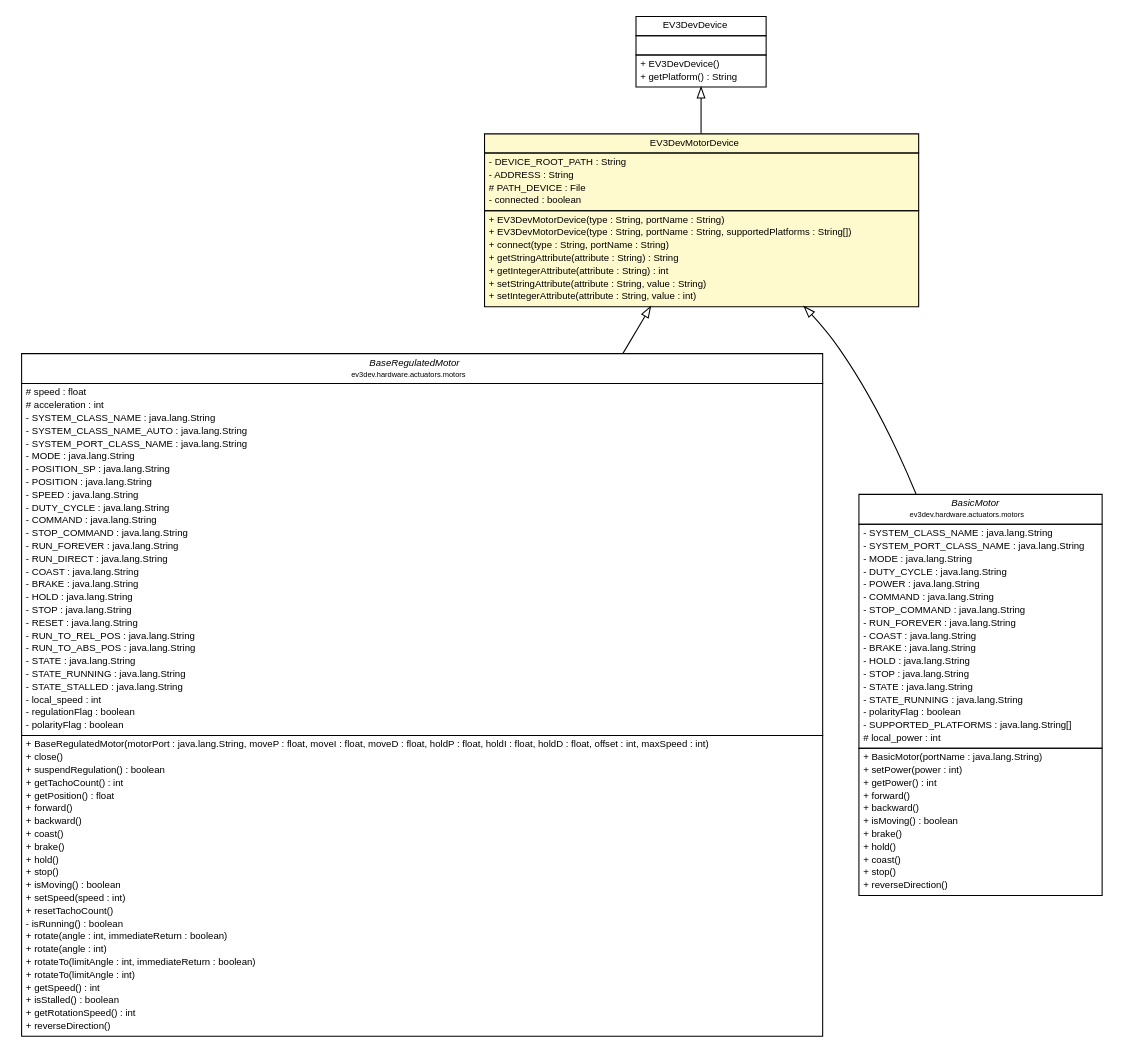
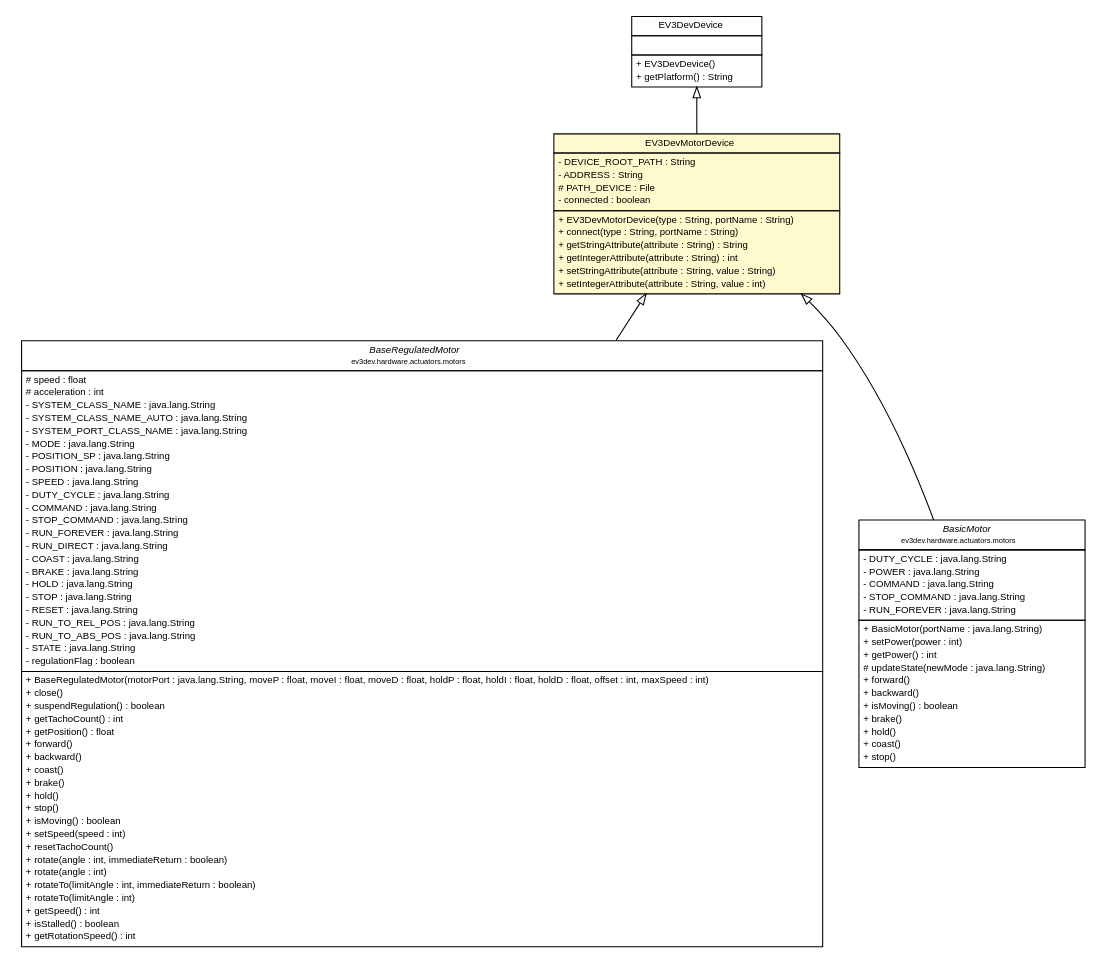
Before and after one commit to ev3dev-lang-java/ev3dev-lang-java: the diagram in docs/api/ev3dev/hardware/EV3DevMotorDevice.dot, drawn with Graphviz. The commit also changed 167 other files, not shown here.

```diff
--- a/docs/api/ev3dev/hardware/EV3DevMotorDevice.dot
+++ b/docs/api/ev3dev/hardware/EV3DevMotorDevice.dot
@@ -1,152 +1,133 @@
 #!/usr/local/bin/dot
 #
 # Class diagram 
 # Generated by UMLGraph version R5_6-24-gf6e263 (http://www.umlgraph.org/)
 #
 
 digraph G {
 	edge [fontname="Helvetica",fontsize=10,labelfontname="Helvetica",labelfontsize=10];
 	node [fontname="Helvetica",fontsize=10,shape=plaintext];
 	nodesep=0.25;
 	ranksep=0.5;
 	// ev3dev.hardware.EV3DevDevice
 	c2886 [label=<<table title="ev3dev.hardware.EV3DevDevice" border="0" cellborder="1" cellspacing="0" cellpadding="2" port="p" href="./EV3DevDevice.html">
 		<tr><td><table border="0" cellspacing="0" cellpadding="1">
 <tr><td align="center" balign="center"> EV3DevDevice </td></tr>
 		</table></td></tr>
 		<tr><td><table border="0" cellspacing="0" cellpadding="1">
 <tr><td align="left" balign="left">  </td></tr>
 		</table></td></tr>
 		<tr><td><table border="0" cellspacing="0" cellpadding="1">
 <tr><td align="left" balign="left"> + EV3DevDevice() </td></tr>
 <tr><td align="left" balign="left"> + getPlatform() : String </td></tr>
 		</table></td></tr>
 		</table>>, URL="./EV3DevDevice.html", fontname="Helvetica", fontcolor="black", fontsize=9.0];
 	// ev3dev.hardware.EV3DevMotorDevice
 	c2887 [label=<<table title="ev3dev.hardware.EV3DevMotorDevice" border="0" cellborder="1" cellspacing="0" cellpadding="2" port="p" bgcolor="lemonChiffon" href="./EV3DevMotorDevice.html">
 		<tr><td><table border="0" cellspacing="0" cellpadding="1">
 <tr><td align="center" balign="center"> EV3DevMotorDevice </td></tr>
 		</table></td></tr>
 		<tr><td><table border="0" cellspacing="0" cellpadding="1">
 <tr><td align="left" balign="left"> - DEVICE_ROOT_PATH : String </td></tr>
 <tr><td align="left" balign="left"> - ADDRESS : String </td></tr>
 <tr><td align="left" balign="left"> # PATH_DEVICE : File </td></tr>
 <tr><td align="left" balign="left"> - connected : boolean </td></tr>
 		</table></td></tr>
 		<tr><td><table border="0" cellspacing="0" cellpadding="1">
 <tr><td align="left" balign="left"> + EV3DevMotorDevice(type : String, portName : String) </td></tr>
-<tr><td align="left" balign="left"> + EV3DevMotorDevice(type : String, portName : String, supportedPlatforms : String[]) </td></tr>
 <tr><td align="left" balign="left"> + connect(type : String, portName : String) </td></tr>
 <tr><td align="left" balign="left"> + getStringAttribute(attribute : String) : String </td></tr>
 <tr><td align="left" balign="left"> + getIntegerAttribute(attribute : String) : int </td></tr>
 <tr><td align="left" balign="left"> + setStringAttribute(attribute : String, value : String) </td></tr>
 <tr><td align="left" balign="left"> + setIntegerAttribute(attribute : String, value : int) </td></tr>
 		</table></td></tr>
 		</table>>, URL="./EV3DevMotorDevice.html", fontname="Helvetica", fontcolor="black", fontsize=9.0];
 	// ev3dev.hardware.actuators.motors.BaseRegulatedMotor
 	c2892 [label=<<table title="ev3dev.hardware.actuators.motors.BaseRegulatedMotor" border="0" cellborder="1" cellspacing="0" cellpadding="2" port="p" href="./actuators/motors/BaseRegulatedMotor.html">
 		<tr><td><table border="0" cellspacing="0" cellpadding="1">
 <tr><td align="center" balign="center"><font face="Helvetica-Oblique"> BaseRegulatedMotor </font></td></tr>
 <tr><td align="center" balign="center"><font point-size="7.0"> ev3dev.hardware.actuators.motors </font></td></tr>
 		</table></td></tr>
 		<tr><td><table border="0" cellspacing="0" cellpadding="1">
 <tr><td align="left" balign="left"> # speed : float </td></tr>
 <tr><td align="left" balign="left"> # acceleration : int </td></tr>
 <tr><td align="left" balign="left"> - SYSTEM_CLASS_NAME : java.lang.String </td></tr>
 <tr><td align="left" balign="left"> - SYSTEM_CLASS_NAME_AUTO : java.lang.String </td></tr>
 <tr><td align="left" balign="left"> - SYSTEM_PORT_CLASS_NAME : java.lang.String </td></tr>
 <tr><td align="left" balign="left"> - MODE : java.lang.String </td></tr>
 <tr><td align="left" balign="left"> - POSITION_SP : java.lang.String </td></tr>
 <tr><td align="left" balign="left"> - POSITION : java.lang.String </td></tr>
 <tr><td align="left" balign="left"> - SPEED : java.lang.String </td></tr>
 <tr><td align="left" balign="left"> - DUTY_CYCLE : java.lang.String </td></tr>
 <tr><td align="left" balign="left"> - COMMAND : java.lang.String </td></tr>
 <tr><td align="left" balign="left"> - STOP_COMMAND : java.lang.String </td></tr>
 <tr><td align="left" balign="left"> - RUN_FOREVER : java.lang.String </td></tr>
 <tr><td align="left" balign="left"> - RUN_DIRECT : java.lang.String </td></tr>
 <tr><td align="left" balign="left"> - COAST : java.lang.String </td></tr>
 <tr><td align="left" balign="left"> - BRAKE : java.lang.String </td></tr>
 <tr><td align="left" balign="left"> - HOLD : java.lang.String </td></tr>
 <tr><td align="left" balign="left"> - STOP : java.lang.String </td></tr>
 <tr><td align="left" balign="left"> - RESET : java.lang.String </td></tr>
 <tr><td align="left" balign="left"> - RUN_TO_REL_POS : java.lang.String </td></tr>
 <tr><td align="left" balign="left"> - RUN_TO_ABS_POS : java.lang.String </td></tr>
 <tr><td align="left" balign="left"> - STATE : java.lang.String </td></tr>
-<tr><td align="left" balign="left"> - STATE_RUNNING : java.lang.String </td></tr>
-<tr><td align="left" balign="left"> - STATE_STALLED : java.lang.String </td></tr>
-<tr><td align="left" balign="left"> - local_speed : int </td></tr>
 <tr><td align="left" balign="left"> - regulationFlag : boolean </td></tr>
-<tr><td align="left" balign="left"> - polarityFlag : boolean </td></tr>
 		</table></td></tr>
 		<tr><td><table border="0" cellspacing="0" cellpadding="1">
 <tr><td align="left" balign="left"> + BaseRegulatedMotor(motorPort : java.lang.String, moveP : float, moveI : float, moveD : float, holdP : float, holdI : float, holdD : float, offset : int, maxSpeed : int) </td></tr>
 <tr><td align="left" balign="left"> + close() </td></tr>
 <tr><td align="left" balign="left"> + suspendRegulation() : boolean </td></tr>
 <tr><td align="left" balign="left"> + getTachoCount() : int </td></tr>
 <tr><td align="left" balign="left"> + getPosition() : float </td></tr>
 <tr><td align="left" balign="left"> + forward() </td></tr>
 <tr><td align="left" balign="left"> + backward() </td></tr>
 <tr><td align="left" balign="left"> + coast() </td></tr>
 <tr><td align="left" balign="left"> + brake() </td></tr>
 <tr><td align="left" balign="left"> + hold() </td></tr>
 <tr><td align="left" balign="left"> + stop() </td></tr>
 <tr><td align="left" balign="left"> + isMoving() : boolean </td></tr>
 <tr><td align="left" balign="left"> + setSpeed(speed : int) </td></tr>
 <tr><td align="left" balign="left"> + resetTachoCount() </td></tr>
-<tr><td align="left" balign="left"> - isRunning() : boolean </td></tr>
 <tr><td align="left" balign="left"> + rotate(angle : int, immediateReturn : boolean) </td></tr>
 <tr><td align="left" balign="left"> + rotate(angle : int) </td></tr>
 <tr><td align="left" balign="left"> + rotateTo(limitAngle : int, immediateReturn : boolean) </td></tr>
 <tr><td align="left" balign="left"> + rotateTo(limitAngle : int) </td></tr>
 <tr><td align="left" balign="left"> + getSpeed() : int </td></tr>
 <tr><td align="left" balign="left"> + isStalled() : boolean </td></tr>
 <tr><td align="left" balign="left"> + getRotationSpeed() : int </td></tr>
-<tr><td align="left" balign="left"> + reverseDirection() </td></tr>
 		</table></td></tr>
 		</table>>, URL="./actuators/motors/BaseRegulatedMotor.html", fontname="Helvetica", fontcolor="black", fontsize=9.0];
 	// ev3dev.hardware.actuators.motors.BasicMotor
 	c2893 [label=<<table title="ev3dev.hardware.actuators.motors.BasicMotor" border="0" cellborder="1" cellspacing="0" cellpadding="2" port="p" href="./actuators/motors/BasicMotor.html">
 		<tr><td><table border="0" cellspacing="0" cellpadding="1">
 <tr><td align="center" balign="center"><font face="Helvetica-Oblique"> BasicMotor </font></td></tr>
 <tr><td align="center" balign="center"><font point-size="7.0"> ev3dev.hardware.actuators.motors </font></td></tr>
 		</table></td></tr>
 		<tr><td><table border="0" cellspacing="0" cellpadding="1">
-<tr><td align="left" balign="left"> - SYSTEM_CLASS_NAME : java.lang.String </td></tr>
-<tr><td align="left" balign="left"> - SYSTEM_PORT_CLASS_NAME : java.lang.String </td></tr>
-<tr><td align="left" balign="left"> - MODE : java.lang.String </td></tr>
 <tr><td align="left" balign="left"> - DUTY_CYCLE : java.lang.String </td></tr>
 <tr><td align="left" balign="left"> - POWER : java.lang.String </td></tr>
 <tr><td align="left" balign="left"> - COMMAND : java.lang.String </td></tr>
 <tr><td align="left" balign="left"> - STOP_COMMAND : java.lang.String </td></tr>
 <tr><td align="left" balign="left"> - RUN_FOREVER : java.lang.String </td></tr>
-<tr><td align="left" balign="left"> - COAST : java.lang.String </td></tr>
-<tr><td align="left" balign="left"> - BRAKE : java.lang.String </td></tr>
-<tr><td align="left" balign="left"> - HOLD : java.lang.String </td></tr>
-<tr><td align="left" balign="left"> - STOP : java.lang.String </td></tr>
-<tr><td align="left" balign="left"> - STATE : java.lang.String </td></tr>
-<tr><td align="left" balign="left"> - STATE_RUNNING : java.lang.String </td></tr>
-<tr><td align="left" balign="left"> - polarityFlag : boolean </td></tr>
-<tr><td align="left" balign="left"> - SUPPORTED_PLATFORMS : java.lang.String[] </td></tr>
-<tr><td align="left" balign="left"> # local_power : int </td></tr>
 		</table></td></tr>
 		<tr><td><table border="0" cellspacing="0" cellpadding="1">
 <tr><td align="left" balign="left"> + BasicMotor(portName : java.lang.String) </td></tr>
 <tr><td align="left" balign="left"> + setPower(power : int) </td></tr>
 <tr><td align="left" balign="left"> + getPower() : int </td></tr>
+<tr><td align="left" balign="left"> # updateState(newMode : java.lang.String) </td></tr>
 <tr><td align="left" balign="left"> + forward() </td></tr>
 <tr><td align="left" balign="left"> + backward() </td></tr>
 <tr><td align="left" balign="left"> + isMoving() : boolean </td></tr>
 <tr><td align="left" balign="left"> + brake() </td></tr>
 <tr><td align="left" balign="left"> + hold() </td></tr>
 <tr><td align="left" balign="left"> + coast() </td></tr>
 <tr><td align="left" balign="left"> + stop() </td></tr>
-<tr><td align="left" balign="left"> + reverseDirection() </td></tr>
 		</table></td></tr>
 		</table>>, URL="./actuators/motors/BasicMotor.html", fontname="Helvetica", fontcolor="black", fontsize=9.0];
 	//ev3dev.hardware.EV3DevMotorDevice extends ev3dev.hardware.EV3DevDevice
 	c2886:p -> c2887:p [dir=back,arrowtail=empty];
 	//ev3dev.hardware.actuators.motors.BaseRegulatedMotor extends ev3dev.hardware.EV3DevMotorDevice
 	c2887:p -> c2892:p [dir=back,arrowtail=empty];
 	//ev3dev.hardware.actuators.motors.BasicMotor extends ev3dev.hardware.EV3DevMotorDevice
 	c2887:p -> c2893:p [dir=back,arrowtail=empty];
 }
```
